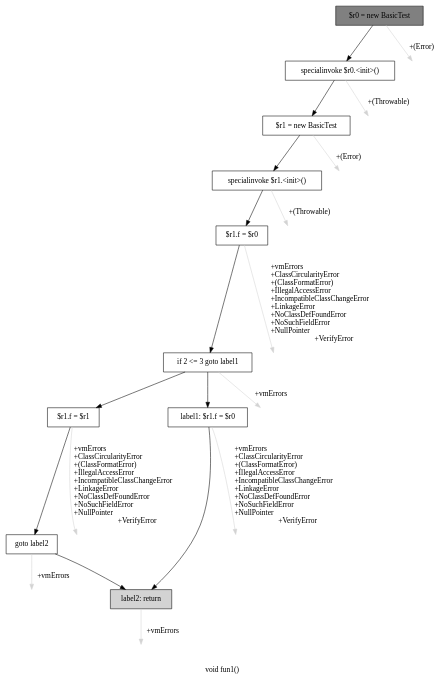
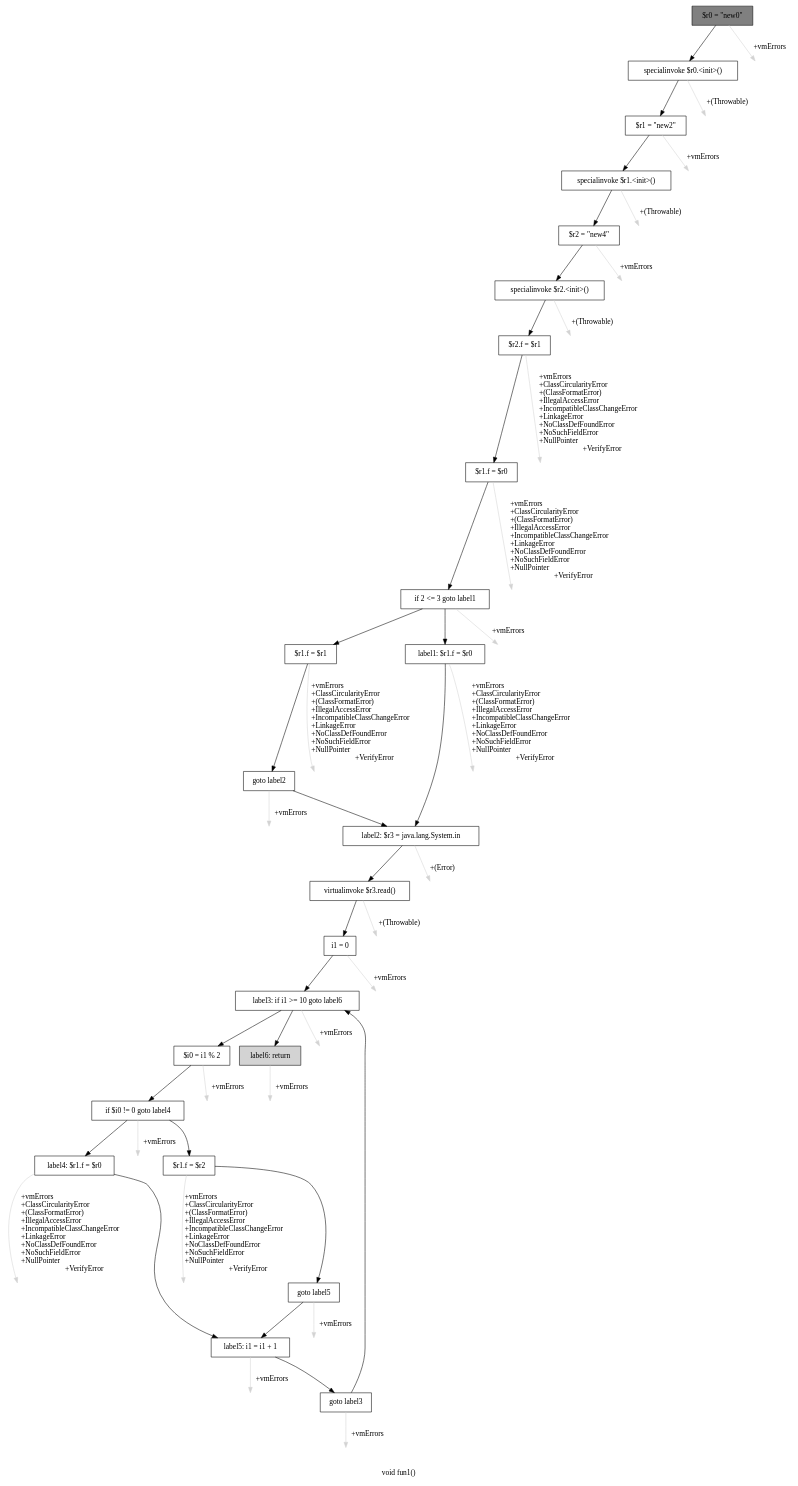
Before and after one commit to gourishankerJK/DeReference-Pointer-Analysis: the diagram in cfg.dot, drawn with Graphviz. The commit also changed 5 other files, not shown here.

```diff
--- a/cfg.dot
+++ b/cfg.dot
@@ -1,44 +1,102 @@
 digraph "void fun1()" {
     label="void fun1()";
     node [shape=box];
-    "0" [style=filled,fillcolor=gray,label="$r0 = new BasicTest",];
+    "0" [style=filled,fillcolor=gray,label="$r0 = \"new0\"",];
     "1" [label="specialinvoke $r0.<init>()",];
     "0"->"1" [color=black,];
-    "10" [style=invis,label="Esc",];
-    "0"->"10" [color=lightgray,label="\l+(Error)",];
-    "2" [label="$r1 = new BasicTest",];
+    "24" [style=invis,label="Esc",];
+    "0"->"24" [color=lightgray,label="\l+vmErrors",];
+    "2" [label="$r1 = \"new2\"",];
     "1"->"2" [color=black,];
-    "11" [style=invis,label="Esc",];
-    "1"->"11" [color=lightgray,label="\l+(Throwable)",];
+    "25" [style=invis,label="Esc",];
+    "1"->"25" [color=lightgray,label="\l+(Throwable)",];
     "3" [label="specialinvoke $r1.<init>()",];
     "2"->"3" [color=black,];
-    "12" [style=invis,label="Esc",];
-    "2"->"12" [color=lightgray,label="\l+(Error)",];
-    "4" [label="$r1.f = $r0",];
+    "26" [style=invis,label="Esc",];
+    "2"->"26" [color=lightgray,label="\l+vmErrors",];
+    "4" [label="$r2 = \"new4\"",];
     "3"->"4" [color=black,];
-    "13" [style=invis,label="Esc",];
-    "3"->"13" [color=lightgray,label="\l+(Throwable)",];
-    "5" [label="if 2 <= 3 goto label1",];
+    "27" [style=invis,label="Esc",];
+    "3"->"27" [color=lightgray,label="\l+(Throwable)",];
+    "5" [label="specialinvoke $r2.<init>()",];
     "4"->"5" [color=black,];
-    "14" [style=invis,label="Esc",];
-    "4"->"14" [color=lightgray,label="\l+vmErrors\l+ClassCircularityError\l+(ClassFormatError)\l+IllegalAccessError\l+IncompatibleClassChangeError\l+LinkageError\l+NoClassDefFoundError\l+NoSuchFieldError\l+NullPointer\l+VerifyError",];
-    "6" [label="$r1.f = $r1",];
+    "28" [style=invis,label="Esc",];
+    "4"->"28" [color=lightgray,label="\l+vmErrors",];
+    "6" [label="$r2.f = $r1",];
     "5"->"6" [color=black,];
-    "8" [label="label1: $r1.f = $r0",];
-    "5"->"8" [color=black,];
-    "15" [style=invis,label="Esc",];
-    "5"->"15" [color=lightgray,label="\l+vmErrors",];
-    "7" [label="goto label2",];
+    "29" [style=invis,label="Esc",];
+    "5"->"29" [color=lightgray,label="\l+(Throwable)",];
+    "7" [label="$r1.f = $r0",];
     "6"->"7" [color=black,];
-    "16" [style=invis,label="Esc",];
-    "6"->"16" [color=lightgray,label="\l+vmErrors\l+ClassCircularityError\l+(ClassFormatError)\l+IllegalAccessError\l+IncompatibleClassChangeError\l+LinkageError\l+NoClassDefFoundError\l+NoSuchFieldError\l+NullPointer\l+VerifyError",];
-    "9" [style=filled,fillcolor=lightgray,label="label2: return",];
-    "7"->"9" [color=black,];
-    "17" [style=invis,label="Esc",];
-    "7"->"17" [color=lightgray,label="\l+vmErrors",];
+    "30" [style=invis,label="Esc",];
+    "6"->"30" [color=lightgray,label="\l+vmErrors\l+ClassCircularityError\l+(ClassFormatError)\l+IllegalAccessError\l+IncompatibleClassChangeError\l+LinkageError\l+NoClassDefFoundError\l+NoSuchFieldError\l+NullPointer\l+VerifyError",];
+    "8" [label="if 2 <= 3 goto label1",];
+    "7"->"8" [color=black,];
+    "31" [style=invis,label="Esc",];
+    "7"->"31" [color=lightgray,label="\l+vmErrors\l+ClassCircularityError\l+(ClassFormatError)\l+IllegalAccessError\l+IncompatibleClassChangeError\l+LinkageError\l+NoClassDefFoundError\l+NoSuchFieldError\l+NullPointer\l+VerifyError",];
+    "9" [label="$r1.f = $r1",];
     "8"->"9" [color=black,];
-    "18" [style=invis,label="Esc",];
-    "8"->"18" [color=lightgray,label="\l+vmErrors\l+ClassCircularityError\l+(ClassFormatError)\l+IllegalAccessError\l+IncompatibleClassChangeError\l+LinkageError\l+NoClassDefFoundError\l+NoSuchFieldError\l+NullPointer\l+VerifyError",];
-    "19" [style=invis,label="Esc",];
-    "9"->"19" [color=lightgray,label="\l+vmErrors",];
+    "11" [label="label1: $r1.f = $r0",];
+    "8"->"11" [color=black,];
+    "32" [style=invis,label="Esc",];
+    "8"->"32" [color=lightgray,label="\l+vmErrors",];
+    "10" [label="goto label2",];
+    "9"->"10" [color=black,];
+    "33" [style=invis,label="Esc",];
+    "9"->"33" [color=lightgray,label="\l+vmErrors\l+ClassCircularityError\l+(ClassFormatError)\l+IllegalAccessError\l+IncompatibleClassChangeError\l+LinkageError\l+NoClassDefFoundError\l+NoSuchFieldError\l+NullPointer\l+VerifyError",];
+    "12" [label="label2: $r3 = java.lang.System.in",];
+    "10"->"12" [color=black,];
+    "34" [style=invis,label="Esc",];
+    "10"->"34" [color=lightgray,label="\l+vmErrors",];
+    "11"->"12" [color=black,];
+    "35" [style=invis,label="Esc",];
+    "11"->"35" [color=lightgray,label="\l+vmErrors\l+ClassCircularityError\l+(ClassFormatError)\l+IllegalAccessError\l+IncompatibleClassChangeError\l+LinkageError\l+NoClassDefFoundError\l+NoSuchFieldError\l+NullPointer\l+VerifyError",];
+    "13" [label="virtualinvoke $r3.read()",];
+    "12"->"13" [color=black,];
+    "36" [style=invis,label="Esc",];
+    "12"->"36" [color=lightgray,label="\l+(Error)",];
+    "14" [label="i1 = 0",];
+    "13"->"14" [color=black,];
+    "37" [style=invis,label="Esc",];
+    "13"->"37" [color=lightgray,label="\l+(Throwable)",];
+    "15" [label="label3: if i1 >= 10 goto label6",];
+    "14"->"15" [color=black,];
+    "38" [style=invis,label="Esc",];
+    "14"->"38" [color=lightgray,label="\l+vmErrors",];
+    "16" [label="$i0 = i1 % 2",];
+    "15"->"16" [color=black,];
+    "23" [style=filled,fillcolor=lightgray,label="label6: return",];
+    "15"->"23" [color=black,];
+    "39" [style=invis,label="Esc",];
+    "15"->"39" [color=lightgray,label="\l+vmErrors",];
+    "17" [label="if $i0 != 0 goto label4",];
+    "16"->"17" [color=black,];
+    "40" [style=invis,label="Esc",];
+    "16"->"40" [color=lightgray,label="\l+vmErrors",];
+    "18" [label="$r1.f = $r2",];
+    "17"->"18" [color=black,];
+    "20" [label="label4: $r1.f = $r0",];
+    "17"->"20" [color=black,];
+    "41" [style=invis,label="Esc",];
+    "17"->"41" [color=lightgray,label="\l+vmErrors",];
+    "19" [label="goto label5",];
+    "18"->"19" [color=black,];
+    "42" [style=invis,label="Esc",];
+    "18"->"42" [color=lightgray,label="\l+vmErrors\l+ClassCircularityError\l+(ClassFormatError)\l+IllegalAccessError\l+IncompatibleClassChangeError\l+LinkageError\l+NoClassDefFoundError\l+NoSuchFieldError\l+NullPointer\l+VerifyError",];
+    "21" [label="label5: i1 = i1 + 1",];
+    "19"->"21" [color=black,];
+    "43" [style=invis,label="Esc",];
+    "19"->"43" [color=lightgray,label="\l+vmErrors",];
+    "20"->"21" [color=black,];
+    "44" [style=invis,label="Esc",];
+    "20"->"44" [color=lightgray,label="\l+vmErrors\l+ClassCircularityError\l+(ClassFormatError)\l+IllegalAccessError\l+IncompatibleClassChangeError\l+LinkageError\l+NoClassDefFoundError\l+NoSuchFieldError\l+NullPointer\l+VerifyError",];
+    "22" [label="goto label3",];
+    "21"->"22" [color=black,];
+    "45" [style=invis,label="Esc",];
+    "21"->"45" [color=lightgray,label="\l+vmErrors",];
+    "22"->"15" [color=black,];
+    "46" [style=invis,label="Esc",];
+    "22"->"46" [color=lightgray,label="\l+vmErrors",];
+    "47" [style=invis,label="Esc",];
+    "23"->"47" [color=lightgray,label="\l+vmErrors",];
 }
```
